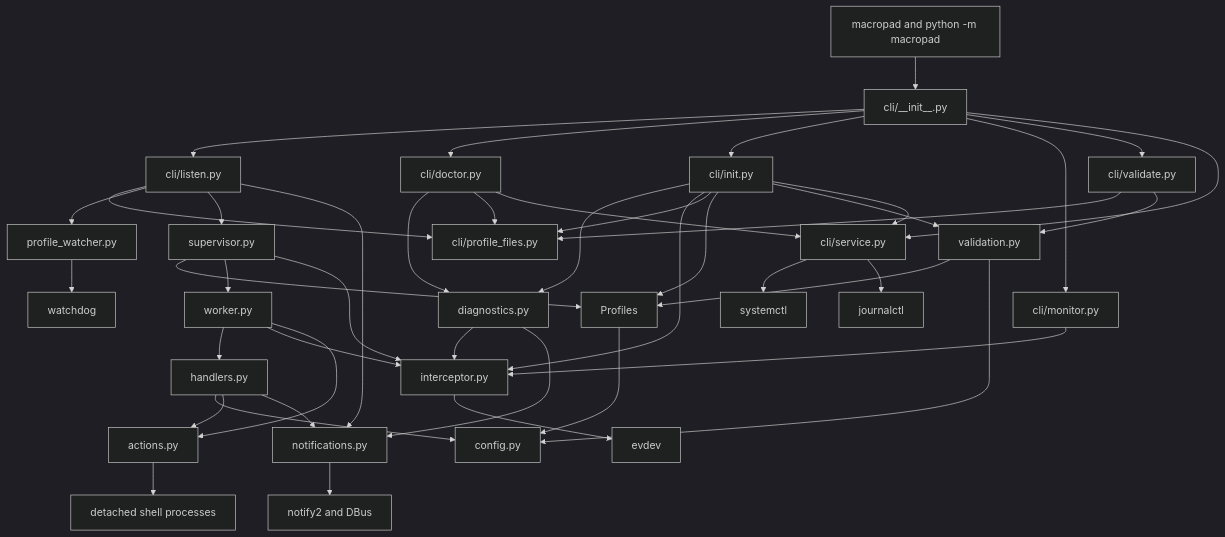
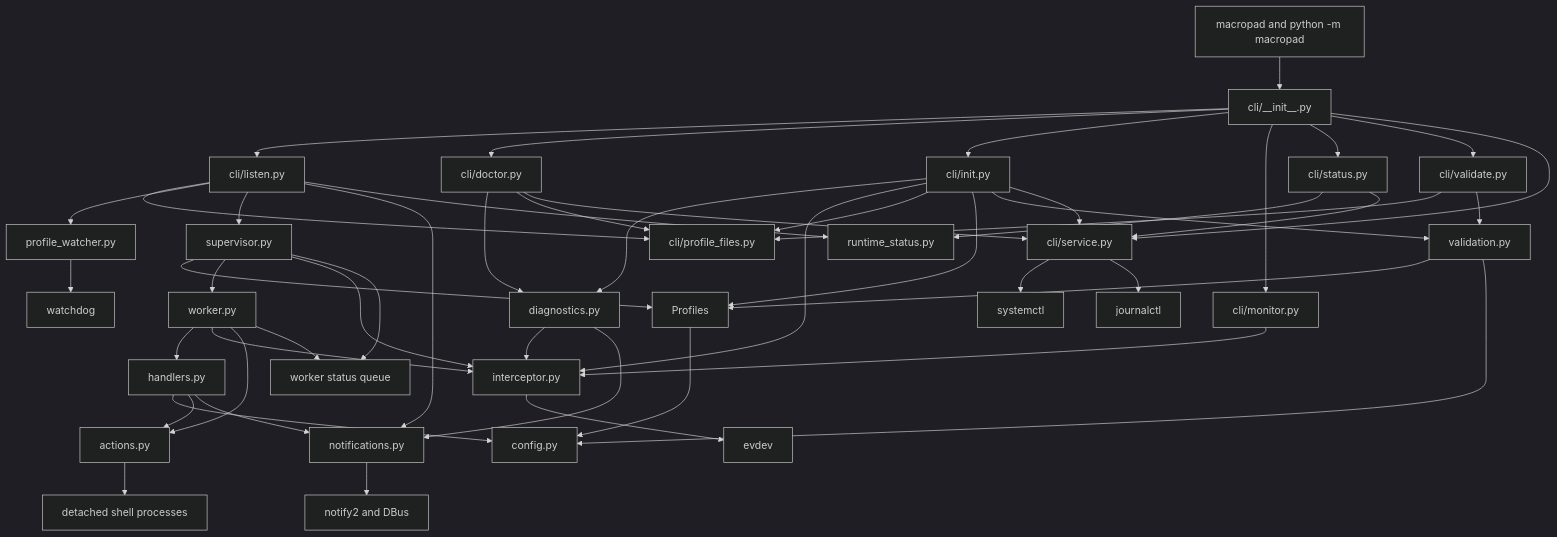
The first of 4 diagrams in src/macropad/README.md (rafaelglikis/macropad), drawn with Mermaid (dark theme) before and after one commit. The commit also changed other lines of this file and 17 other files, not shown here.

Commit message:
Add live runtime status

````diff
--- a/src/macropad/README.md
+++ b/src/macropad/README.md
@@ -39,56 +41,62 @@
 ```mermaid
 flowchart TD
     Entrypoints[macropad and python -m macropad] --> CLI[cli/__init__.py]
     CLI --> Listen[cli/listen.py]
     CLI --> Doctor[cli/doctor.py]
     CLI --> Init[cli/init.py]
     CLI --> Monitor[cli/monitor.py]
+    CLI --> Status[cli/status.py]
     CLI --> ValidateCommand[cli/validate.py]
     CLI --> Service[cli/service.py]
 
     Listen --> ProfileFiles[cli/profile_files.py]
     Listen --> ProfileWatcher[profile_watcher.py]
     Listen --> Supervisor[supervisor.py]
     Listen --> Notifications[notifications.py]
+    Listen --> RuntimeStatus[runtime_status.py]
 
     Doctor --> Diagnostics[diagnostics.py]
     Doctor --> ProfileFiles
     Doctor --> Service
     Diagnostics --> Interceptor[interceptor.py]
     Diagnostics --> Notifications
 
     Init --> Diagnostics
     Init --> Interceptor
     Init --> ProfileFiles
     Init --> Profiles
     Init --> Validation
     Init --> Service
 
     Monitor --> Interceptor
+    Status --> RuntimeStatus
+    Status --> Service
 
     ValidateCommand --> ProfileFiles
     ValidateCommand --> Validation[validation.py]
 
     Supervisor --> Profiles
     Supervisor --> Worker[worker.py]
     Supervisor --> Interceptor
 
     Validation --> Profiles
     Validation --> Config
     Profiles --> Config[config.py]
     ProfileWatcher --> Watchdog[watchdog]
     Service --> Systemd[systemctl]
     Service --> Journal[journalctl]
 
     Worker --> Handler[handlers.py]
     Worker --> Interceptor
     Worker --> Actions
+    Worker --> StatusQueue[worker status queue]
+    Supervisor --> StatusQueue
 
     Handler --> Config
     Handler --> Actions[actions.py]
     Handler --> Notifications
 
     Interceptor --> Evdev[evdev]
     Actions --> Shell[detached shell processes]
     Notifications --> Notify2[notify2 and DBus]
 ```
````
